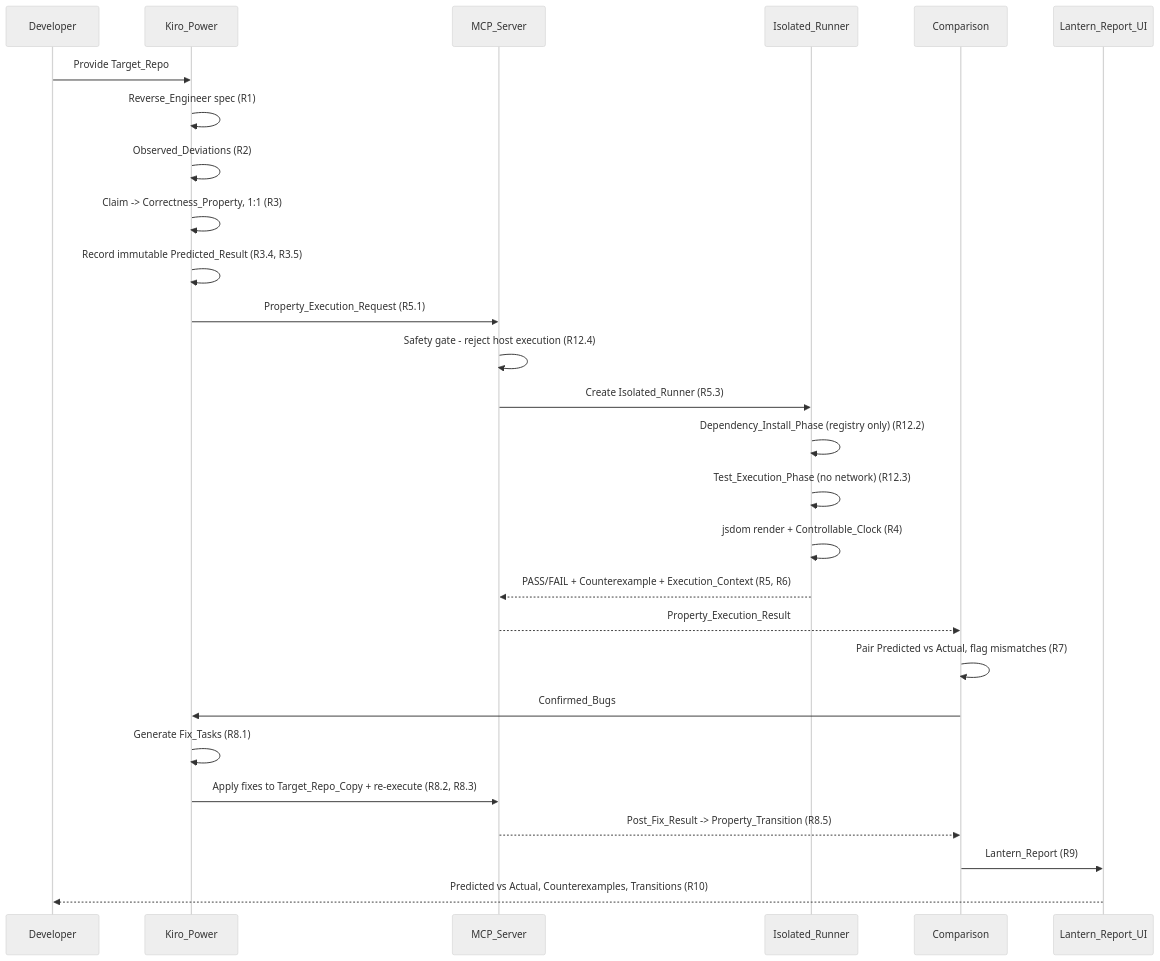
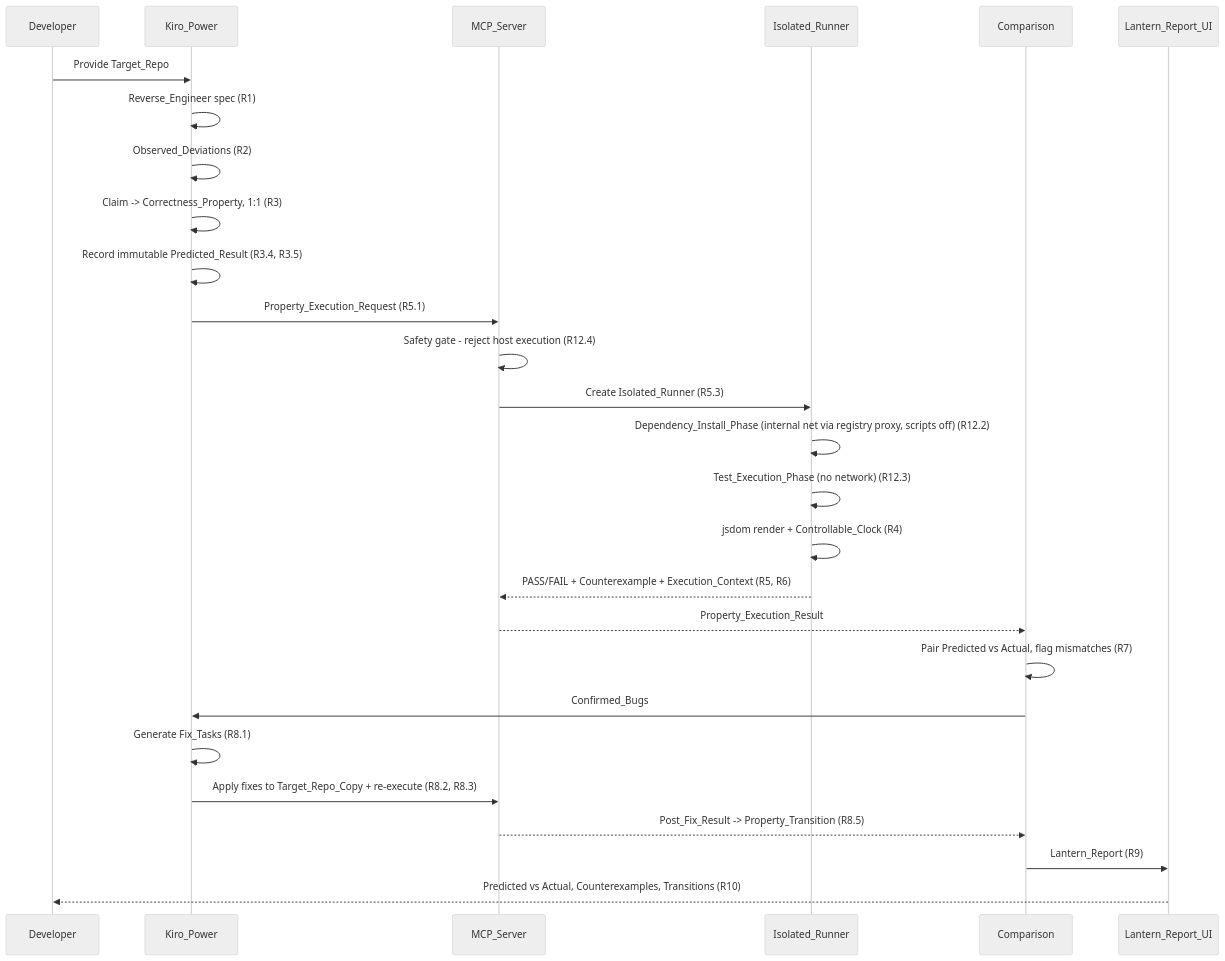
The second of 4 diagrams in .kiro/specs/spec-lantern/design.md (ikenyal/spec-lantern), drawn with Mermaid (neutral theme) before and after one commit. The commit also changed other lines of this file, not shown here.

Commit message:
spec: scope design for solo MVP (local Podman, Verdaccio install proxy, static hosted demo)

````diff
--- a/.kiro/specs/spec-lantern/design.md
+++ b/.kiro/specs/spec-lantern/design.md
@@ -72,30 +74,30 @@
 ```mermaid
 sequenceDiagram
     participant U as Developer
     participant KP as Kiro_Power
     participant MCP as MCP_Server
     participant R as Isolated_Runner
     participant CMP as Comparison
     participant UI as Lantern_Report_UI
 
     U->>KP: Provide Target_Repo
     KP->>KP: Reverse_Engineer spec (R1)
     KP->>KP: Observed_Deviations (R2)
     KP->>KP: Claim -> Correctness_Property, 1:1 (R3)
     KP->>KP: Record immutable Predicted_Result (R3.4, R3.5)
     KP->>MCP: Property_Execution_Request (R5.1)
     MCP->>MCP: Safety gate - reject host execution (R12.4)
     MCP->>R: Create Isolated_Runner (R5.3)
-    R->>R: Dependency_Install_Phase (registry only) (R12.2)
+    R->>R: Dependency_Install_Phase (internal net via registry proxy, scripts off) (R12.2)
     R->>R: Test_Execution_Phase (no network) (R12.3)
     R->>R: jsdom render + Controllable_Clock (R4)
     R-->>MCP: PASS/FAIL + Counterexample + Execution_Context (R5, R6)
     MCP-->>CMP: Property_Execution_Result
     CMP->>CMP: Pair Predicted vs Actual, flag mismatches (R7)
     CMP->>KP: Confirmed_Bugs
     KP->>KP: Generate Fix_Tasks (R8.1)
     KP->>MCP: Apply fixes to Target_Repo_Copy + re-execute (R8.2, R8.3)
     MCP-->>CMP: Post_Fix_Result -> Property_Transition (R8.5)
     CMP->>UI: Lantern_Report (R9)
     UI-->>U: Predicted vs Actual, Counterexamples, Transitions (R10)
 ```
````
